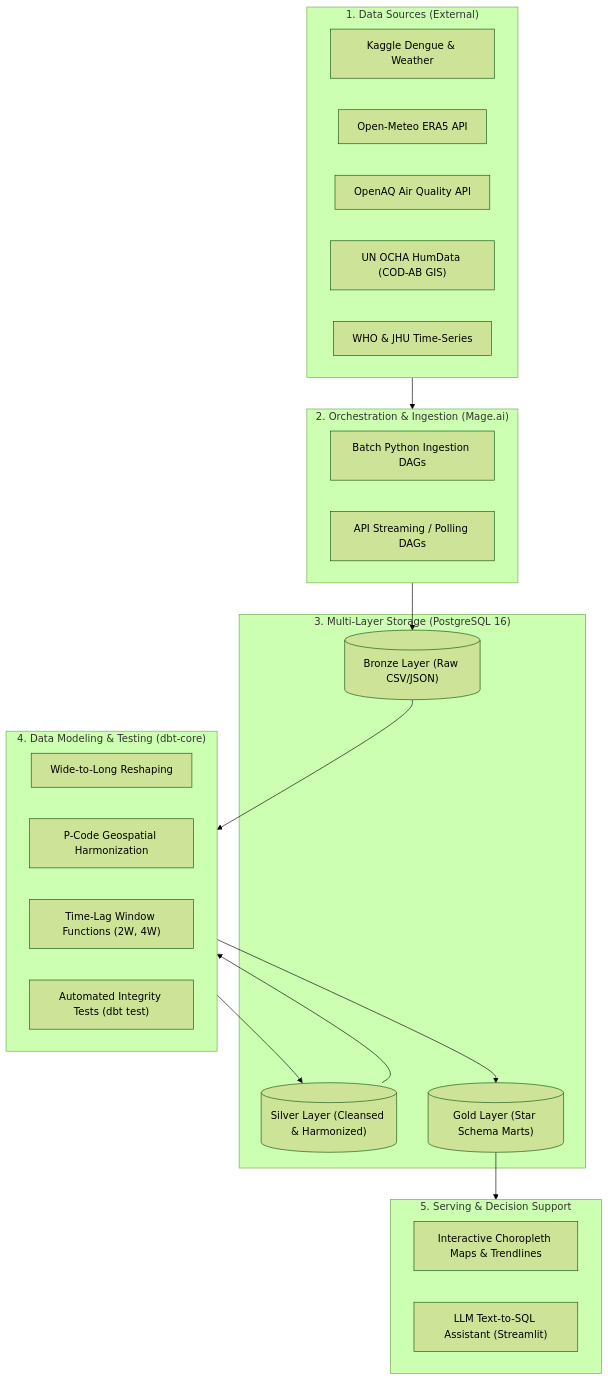
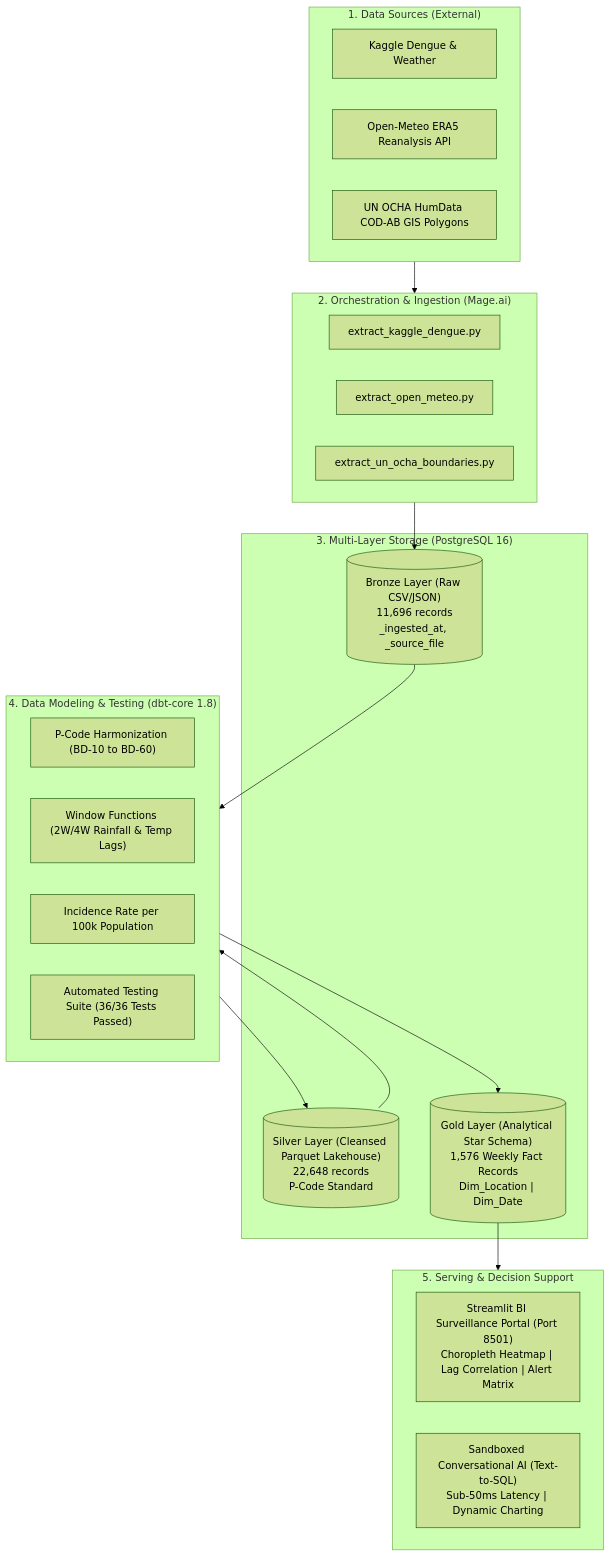
One commit to nguyenxuanthinh281204/smart-health-platform changed the first of 2 diagrams in README.md. Above: the diagram before and after it, drawn with Mermaid (forest theme). The commit also changed other lines of this file and 7 other files, not shown here.

Commit message:
feat: add presentation defense deck, Text-to-SQL LLM pipeline, and Streamlit BI dashboard

````diff
--- a/README.md
+++ b/README.md
@@ -26,41 +30,40 @@
 ```mermaid
 flowchart TD
     subgraph DataSources["1. Data Sources (External)"]
         D1["Kaggle Dengue & Weather"]
-        D2["Open-Meteo ERA5 API"]
-        D3["OpenAQ Air Quality API"]
-        D4["UN OCHA HumData (COD-AB GIS)"]
-        D5["WHO & JHU Time-Series"]
+        D2["Open-Meteo ERA5 Reanalysis API"]
+        D3["UN OCHA HumData COD-AB GIS Polygons"]
     end
 
     subgraph Orchestration["2. Orchestration & Ingestion (Mage.ai)"]
-        DAG1["Batch Python Ingestion DAGs"]
-        DAG2["API Streaming / Polling DAGs"]
+        DAG1["extract_kaggle_dengue.py"]
+        DAG2["extract_open_meteo.py"]
+        DAG3["extract_un_ocha_boundaries.py"]
     end
 
     subgraph Storage["3. Multi-Layer Storage (PostgreSQL 16)"]
-        Bronze[("Bronze Layer (Raw CSV/JSON)")]
-        Silver[("Silver Layer (Cleansed & Harmonized)")]
-        Gold[("Gold Layer (Star Schema Marts)")]
+        Bronze[("Bronze Layer (Raw CSV/JSON)\n11,696 records\n_ingested_at, _source_file")]
+        Silver[("Silver Layer (Cleansed Parquet Lakehouse)\n22,648 records\nP-Code Standard")]
+        Gold[("Gold Layer (Analytical Star Schema)\n1,576 Weekly Fact Records\nDim_Location | Dim_Date")]
     end
 
-    subgraph Transformation["4. Data Modeling & Testing (dbt-core)"]
-        T1["Wide-to-Long Reshaping"]
-        T2["P-Code Geospatial Harmonization"]
-        T3["Time-Lag Window Functions (2W, 4W)"]
-        T4["Automated Integrity Tests (dbt test)"]
+    subgraph Transformation["4. Data Modeling & Testing (dbt-core 1.8)"]
+        T1["P-Code Harmonization (BD-10 to BD-60)"]
+        T2["Window Functions (2W/4W Rainfall & Temp Lags)"]
+        T3["Incidence Rate per 100k Population"]
+        T4["Automated Testing Suite (36/36 Tests Passed)"]
     end
 
     subgraph Serving["5. Serving & Decision Support"]
-        BI["Interactive Choropleth Maps & Trendlines"]
-        AI["LLM Text-to-SQL Assistant (Streamlit)"]
+        BI["Streamlit BI Surveillance Portal (Port 8501)\nChoropleth Heatmap | Lag Correlation | Alert Matrix"]
+        AI["Sandboxed Conversational AI (Text-to-SQL)\nSub-50ms Latency | Dynamic Charting"]
     end
 
     DataSources --> Orchestration
     Orchestration --> Bronze
     Bronze --> Transformation
     Transformation --> Silver
     Silver --> Transformation
     Transformation --> Gold
     Gold --> Serving
 ```
````
